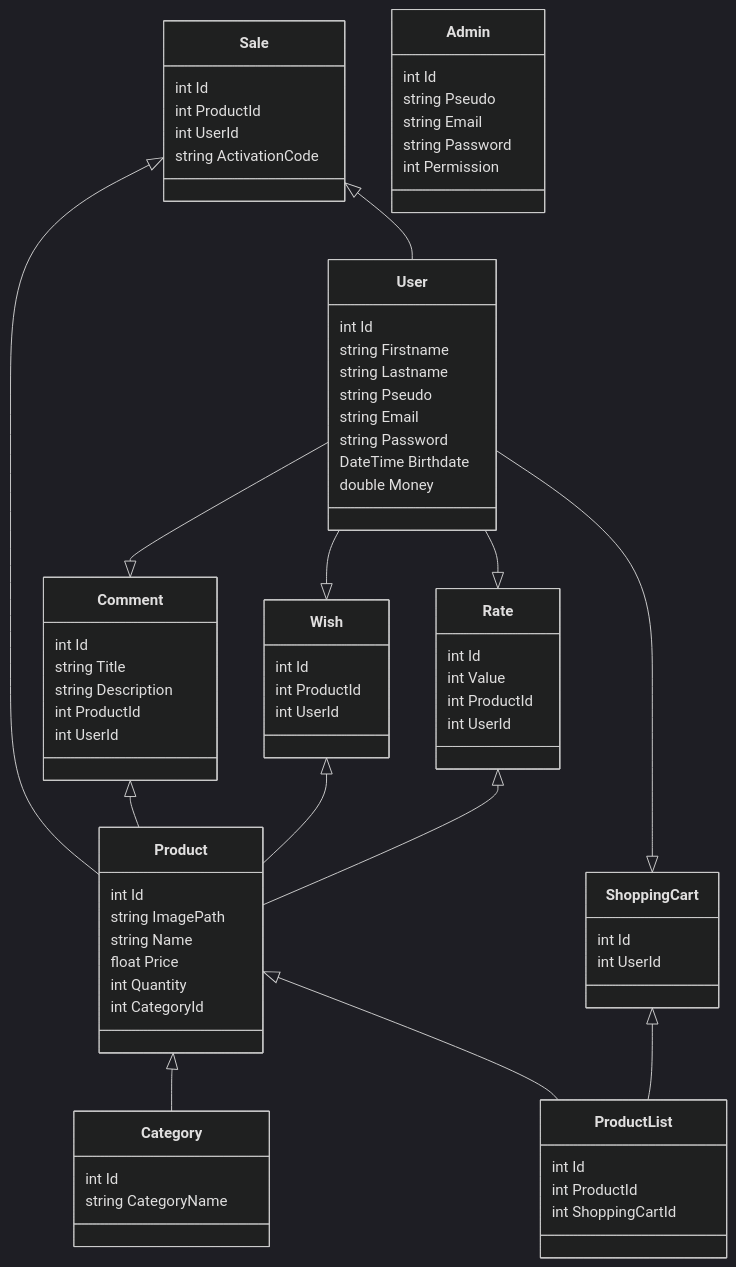
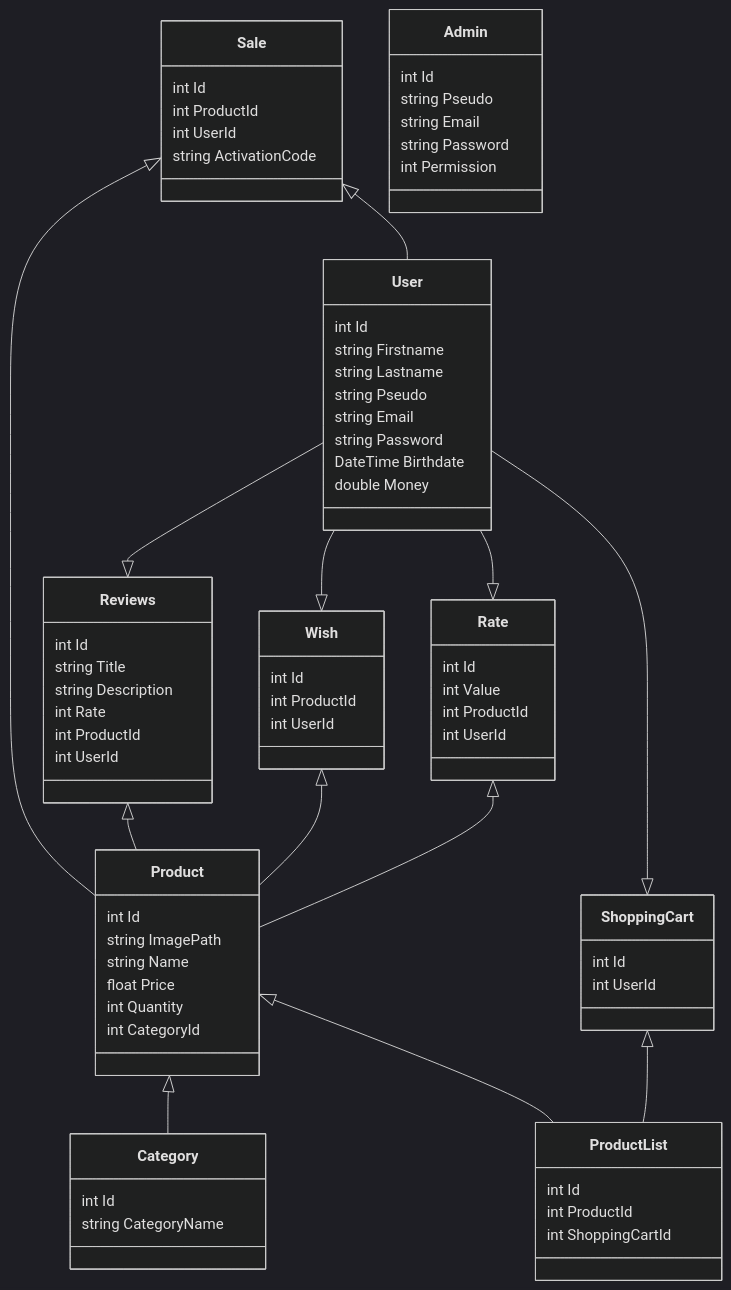
Before and after one commit to voluxyy/e-commerce: the diagram in readme.md, drawn with Mermaid (dark theme). The commit also changed other lines of this file, not shown here.

````diff
--- a/readme.md
+++ b/readme.md
@@ -22,78 +30,79 @@
 ```mermaid
 classDiagram
-    User --|> Comment
+    User --|> Reviews
     User --|> Wish
     User --|> Rate
     User --|> ShoppingCart
     Product <|-- Category
     Product <|-- ProductList
     ShoppingCart <|-- ProductList
-    Comment <|-- Product
+    Reviews <|-- Product
     Rate <|-- Product
     Wish <|-- Product
     Sale <|-- Product
     Sale <|-- User
 
     class Sale{
         int Id
         int ProductId
         int UserId
         string ActivationCode
     }
     class Wish{
         int Id
         int ProductId
         int UserId
     }
     class Product{
         int Id
         string ImagePath
         string Name
         float Price
         int Quantity
         int CategoryId
     }
     class Rate{
         int Id
         int Value
         int ProductId
         int UserId
     }
     class ProductList{
         int Id
         int ProductId
         int ShoppingCartId
     }
     class ShoppingCart{
         int Id
         int UserId
     }
     class Category{
         int Id
         string CategoryName
     }
     class User{
         int Id
         string Firstname
         string Lastname
         string Pseudo
         string Email
         string Password
         DateTime Birthdate
         double Money
     }
-    class Comment{
+    class Reviews{
         int Id
         string Title
         string Description
+        int Rate
         int ProductId
         int UserId
     }
     class Admin{
         int Id
         string Pseudo
         string Email
         string Password
         int Permission
     }
 ```
````
